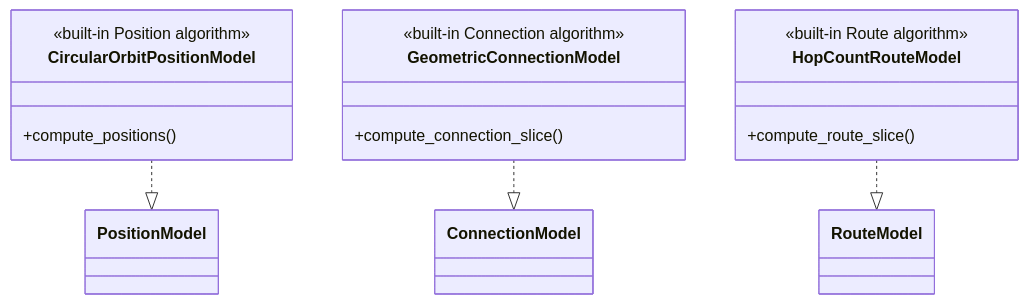
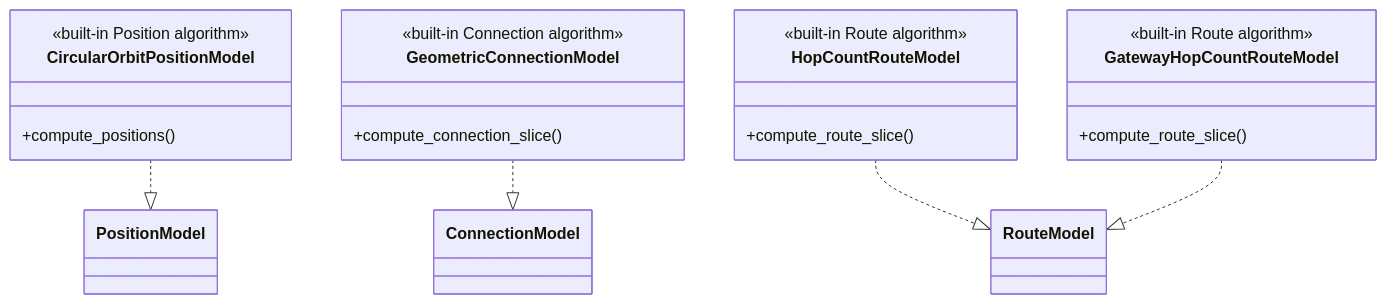
The second of 2 diagrams in skyseed_v2/src/skyseed_v2/simulator/models/README.md (seed-labs/skyseed), drawn with Mermaid before and after one commit. The commit also changed other lines of this file and 124 other files, not shown here.

````diff
--- a/skyseed_v2/src/skyseed_v2/simulator/models/README.md
+++ b/skyseed_v2/src/skyseed_v2/simulator/models/README.md
@@ -31,22 +33,27 @@
 ```mermaid
 classDiagram
     class PositionModel
     class ConnectionModel
     class RouteModel
     class CircularOrbitPositionModel {
         <<built-in Position algorithm>>
         +compute_positions()
     }
     class GeometricConnectionModel {
         <<built-in Connection algorithm>>
         +compute_connection_slice()
     }
     class HopCountRouteModel {
         <<built-in Route algorithm>>
         +compute_route_slice()
     }
+    class GatewayHopCountRouteModel {
+        <<built-in Route algorithm>>
+        +compute_route_slice()
+    }
 
     CircularOrbitPositionModel ..|> PositionModel
     GeometricConnectionModel ..|> ConnectionModel
     HopCountRouteModel ..|> RouteModel
+    GatewayHopCountRouteModel ..|> RouteModel
 ```
````
